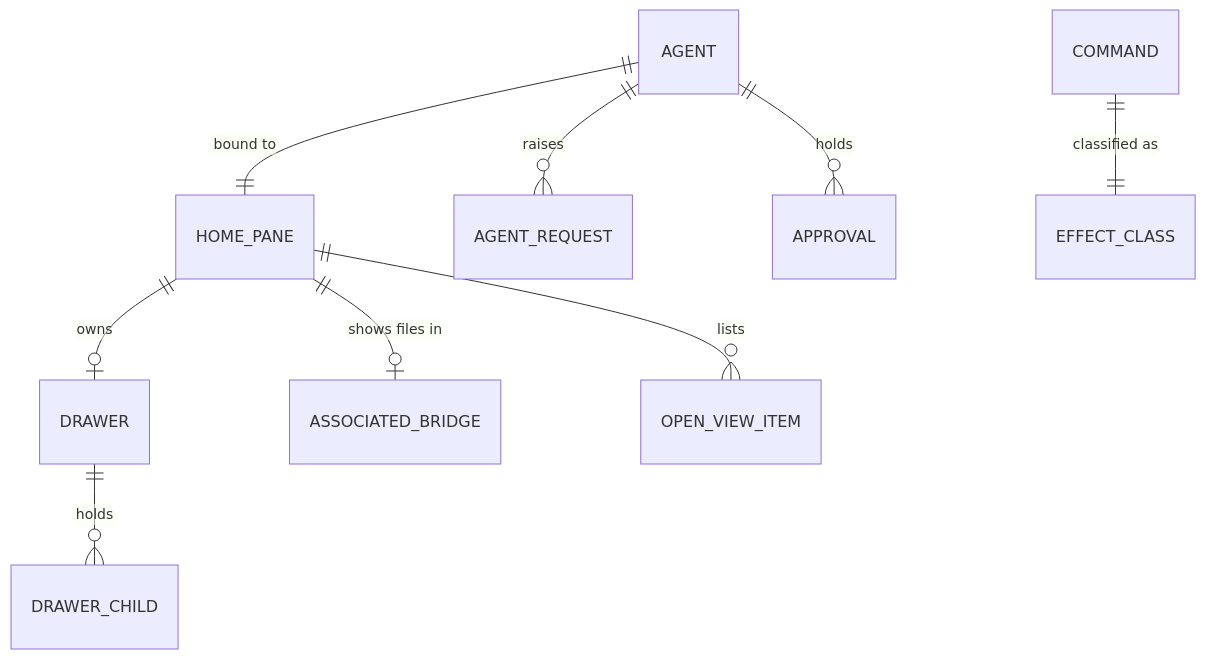
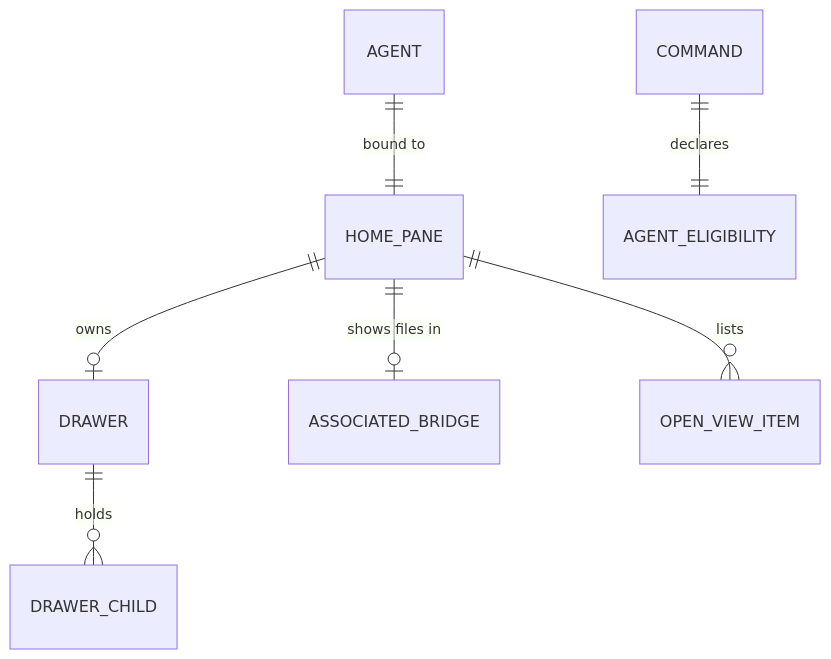
The second of 2 diagrams in docs/specs/2026-09-23-workspace-ipc-control/specification.md (ShravanSunder/agentstudio), drawn with Mermaid before and after one commit. The commit also changed other lines of this file and 1 other file, not shown here.

First line of the commit message:
Narrow workspace IPC control v1 to the agent's own domain

````diff
--- a/docs/specs/2026-09-23-workspace-ipc-control/specification.md
+++ b/docs/specs/2026-09-23-workspace-ipc-control/specification.md
@@ -48,11 +47,9 @@
 ```mermaid
 erDiagram
   AGENT ||--|| HOME_PANE : "bound to"
   HOME_PANE ||--o| DRAWER : owns
   DRAWER ||--o{ DRAWER_CHILD : holds
   HOME_PANE ||--o| ASSOCIATED_BRIDGE : "shows files in"
-  AGENT ||--o{ AGENT_REQUEST : raises
-  AGENT ||--o{ APPROVAL : holds
   HOME_PANE ||--o{ OPEN_VIEW_ITEM : lists
-  COMMAND ||--|| EFFECT_CLASS : "classified as"
+  COMMAND ||--|| AGENT_ELIGIBILITY : declares
 ```
````
